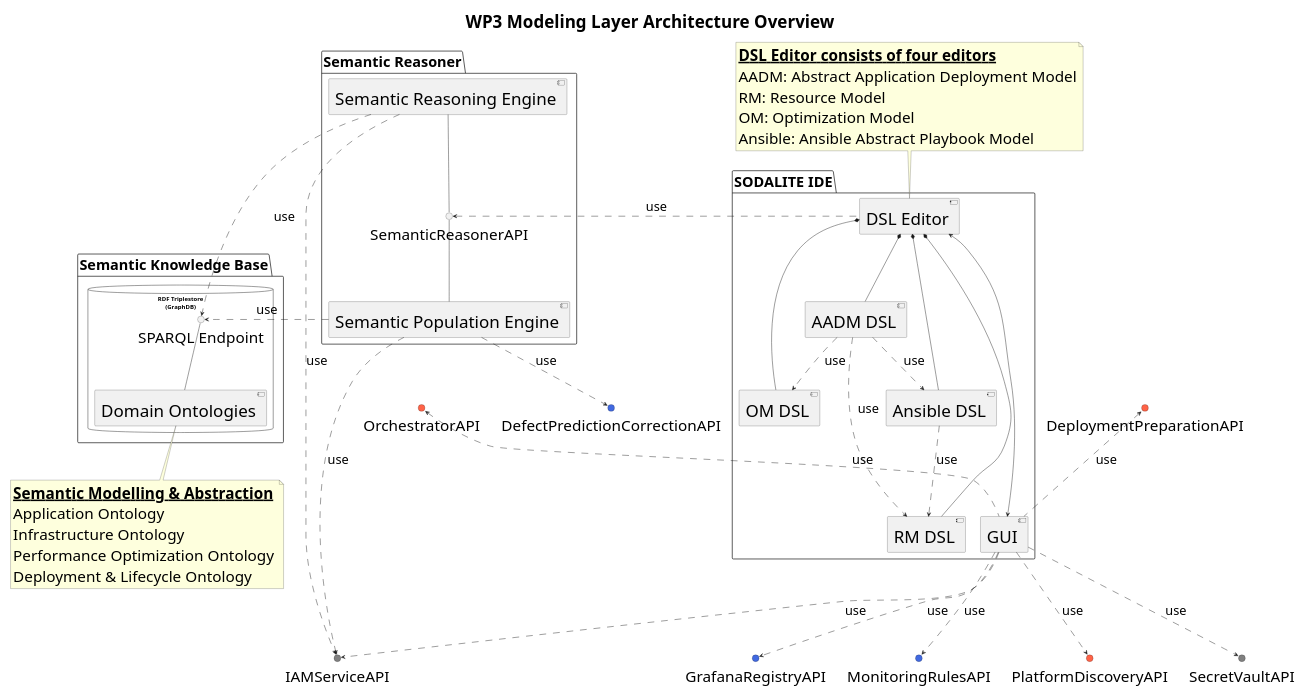
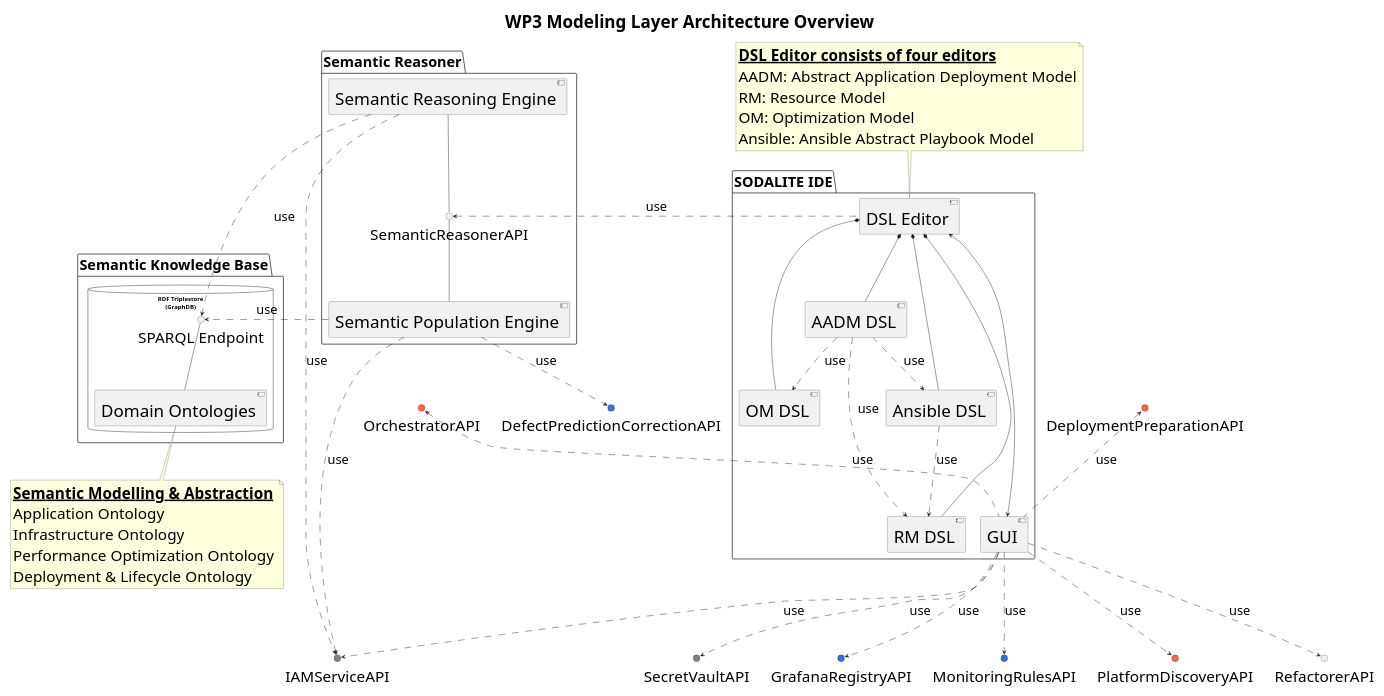
The diagram in uml/component-diagrams/CD-WP3-ArchitectureOverview.puml (SODALITE-EU/project-wide-documentation), drawn with PlantUML before and after one commit.

Commit message:
refactorer (#12)

```diff
--- a/uml/component-diagrams/CD-WP3-ArchitectureOverview.puml
+++ b/uml/component-diagrams/CD-WP3-ArchitectureOverview.puml
@@ -1,85 +1,86 @@
 @startuml
 title WP3 Modeling Layer Architecture Overview
 skinparam componentFontSize 40
 skinparam componentArrowFontSize 30
 skinparam packageFontSize 34
 skinparam interfaceFontSize 36
 skinparam titleFontSize 40
 skinparam NoteFontSize 36
 
 interface "IAMServiceAPI" as AAUAPI #808080
 interface "SecretVaultAPI" as SecretsAPI #808080
 interface "DeploymentPreparationAPI" as deploymentPreparationAPI #FF6347
 interface "DefectPredictionCorrectionAPI" as correctionAPI #4169E1
 interface "GrafanaRegistryAPI" as GrafanaRegistryAPI #4169E1
 interface "MonitoringRulesAPI" as monitoringRulesAPI #4169E1
 interface "OrchestratorAPI" as orchestratorAPI #FF6347
 interface "PlatformDiscoveryAPI" as PDS #FF6347
 
 package "SODALITE IDE" as IDE {
     component [DSL Editor] as ideDSLeditor
     component [AADM DSL] as AADM
     component [RM DSL] as RM
     component [OM DSL] as OM
     component [Ansible DSL] as Ansible
 
     ideDSLeditor *-- AADM
     ideDSLeditor *-- RM
     ideDSLeditor *-- OM
     ideDSLeditor *-- Ansible
     AADM ..> Ansible: use
     AADM ..> RM: use
     AADM ..> OM: use
     Ansible ..> RM :use
     component [GUI] as ideGUI
 }
 
 note top of ideDSLeditor
    __**DSL Editor consists of four editors**__ 
    AADM: Abstract Application Deployment Model
    RM: Resource Model
    OM: Optimization Model
    Ansible: Ansible Abstract Playbook Model
 end note
 
 
 package "Semantic Reasoner" as res {
     interface "SemanticReasonerAPI" as resAPI
     component [Semantic Population Engine] as resPopulationEngine
     component [Semantic Reasoning Engine] as resReasoningEngine
 }
 
 package "Semantic Knowledge Base" as repo {
     database "RDF Triplestore\n(GraphDB)" as triplestore {
         interface "SPARQL Endpoint" as repoEndpoint
         scale 700 height
         component [Domain Ontologies] as repoOntologies
     }
 }
 
 note bottom of repoOntologies
    __**Semantic Modelling & Abstraction**__ 
    Application Ontology
    Infrastructure Ontology
    Performance Optimization Ontology
    Deployment & Lifecycle Ontology
 end note
 
 ideGUI ..> PDS : use
 resAPI -down- resPopulationEngine
 resAPI -up- resReasoningEngine
 ideDSLeditor .left.> resAPI: use
 ideDSLeditor <-down---> ideGUI 
 repoOntologies -up- repoEndpoint
 resPopulationEngine ..right...> repoEndpoint: use
 resReasoningEngine ..right....> repoEndpoint: use
 resReasoningEngine ..> AAUAPI: use
 resPopulationEngine ..> correctionAPI: use
 resPopulationEngine ..> AAUAPI: use
 ideGUI .up.> deploymentPreparationAPI : use
 ideGUI ..> GrafanaRegistryAPI : use
 ideGUI ..> monitoringRulesAPI : use
+ideGUI ..> RefactorerAPI : use
 ideGUI ..> SecretsAPI : use
 ideGUI .up.> orchestratorAPI : use
 ideGUI ..> AAUAPI: use
 @enduml
```
